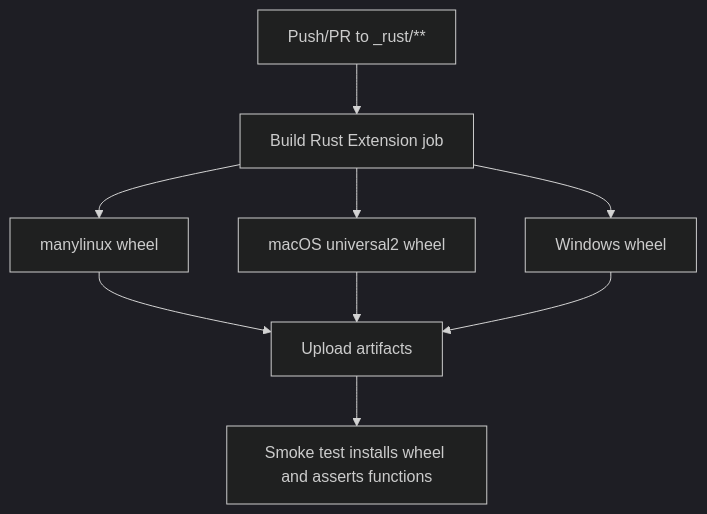
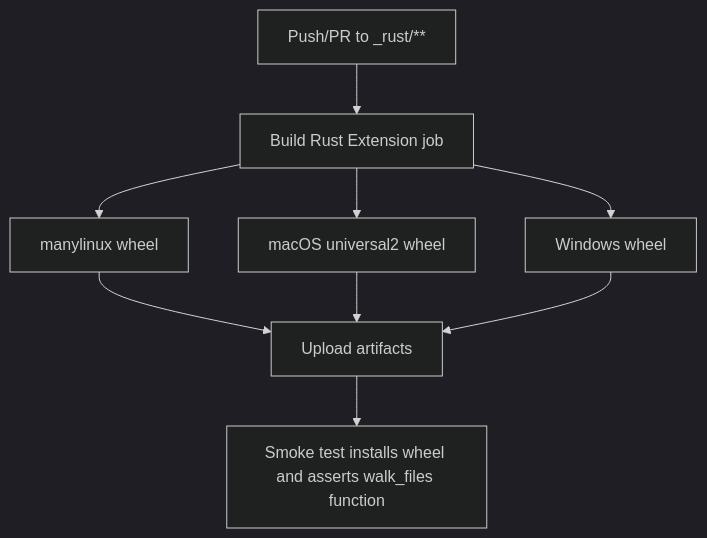
Before and after one commit to maemreyo/zmr-ctx-paker: the fifth of 7 diagrams in .qoder/repowiki/en/content/Performance & Optimization/Rust Extension.md, drawn with Mermaid (dark theme). The commit also changed other lines of this file and 10 other files, not shown here.

````diff
--- a/.qoder/repowiki/en/content/Performance & Optimization/Rust Extension.md
+++ b/.qoder/repowiki/en/content/Performance & Optimization/Rust Extension.md
@@ -162,11 +172,11 @@
 ```mermaid
 graph TB
 Push["Push/PR to _rust/**"] --> Job["Build Rust Extension job"]
 Job --> Linux["manylinux wheel"]
 Job --> Mac["macOS universal2 wheel"]
 Job --> Win["Windows wheel"]
 Linux --> Upload["Upload artifacts"]
 Mac --> Upload
 Win --> Upload
-Upload --> Smoke["Smoke test installs wheel and asserts functions"]
+Upload --> Smoke["Smoke test installs wheel and asserts walk_files function"]
 ```
````
